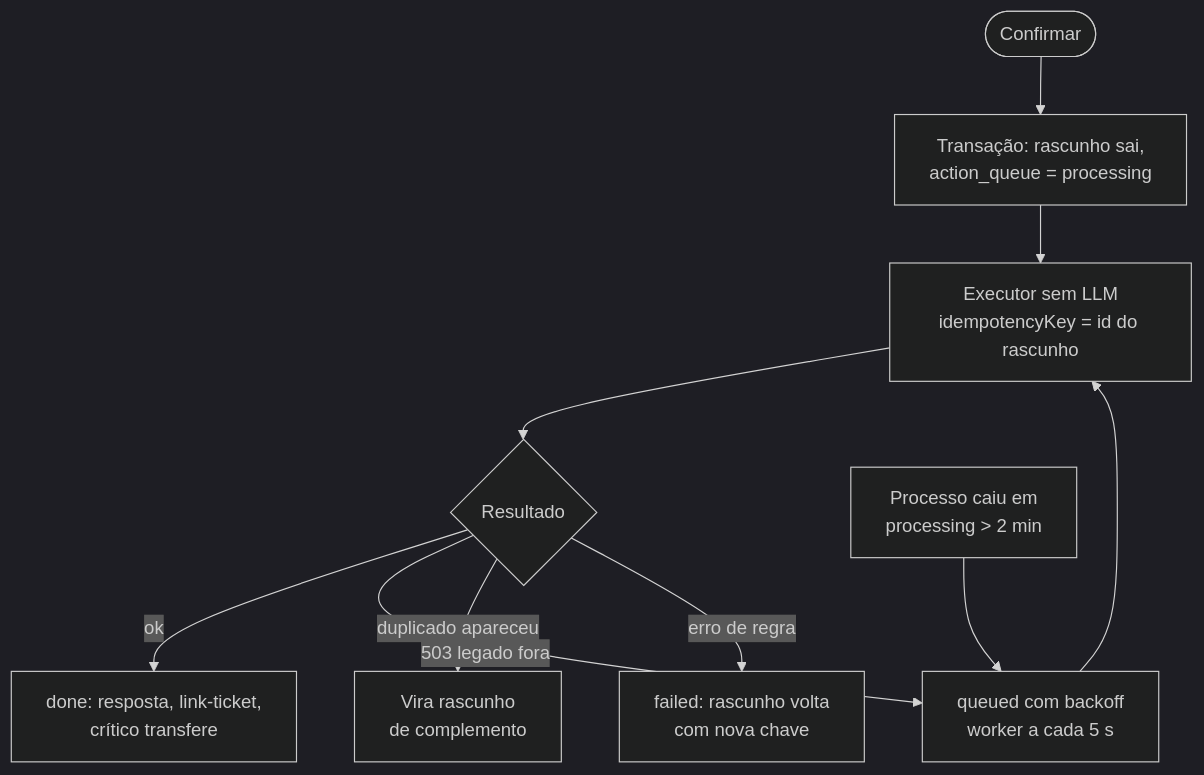
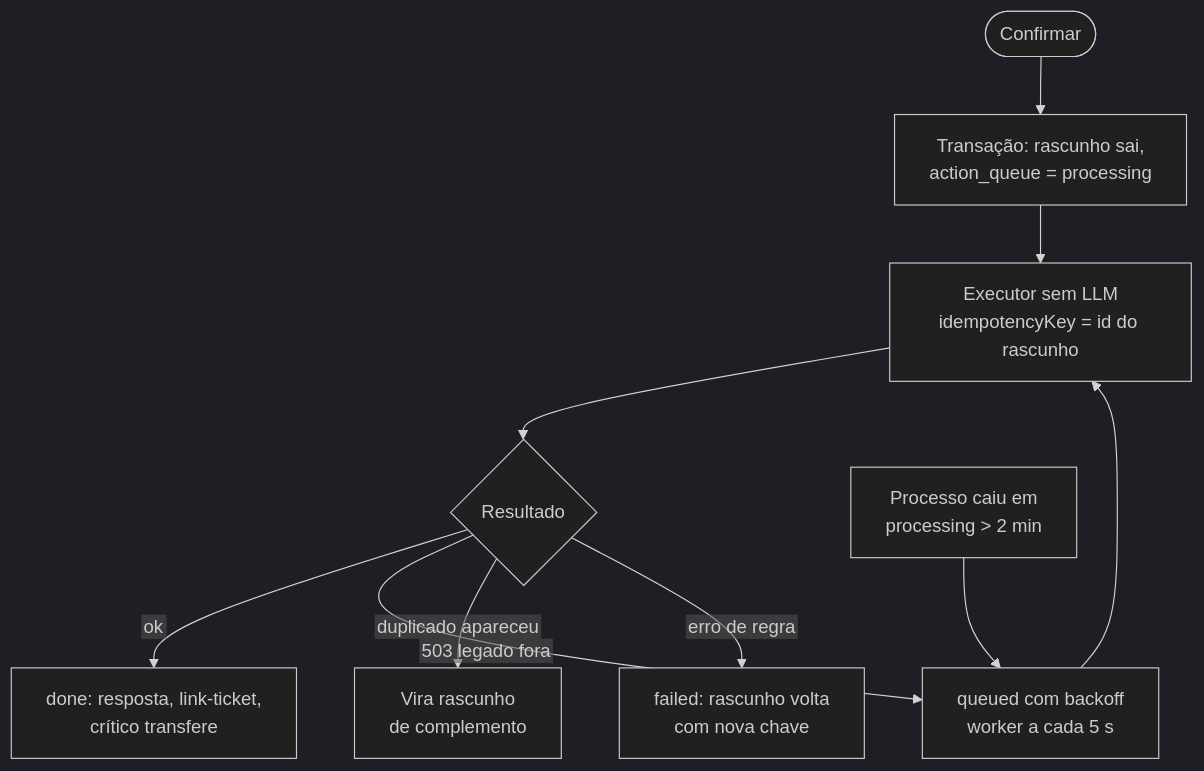
Before and after one commit to renansko/teste_nexo: the eighth of 8 diagrams in README.md, drawn with Mermaid (dark theme). The commit also changed other lines of this file, not shown here.

Commit message:
docs(readme): flowcharts com htmlLabels=false (rótulos cortados em alguns renderizadores)

````diff
--- a/README.md
+++ b/README.md
@@ -219,12 +223,13 @@
 ```mermaid
+%%{init: {"flowchart": {"htmlLabels": false}}}%%
 flowchart TD
     C(["Confirmar"]) --> Tx["Transação: rascunho sai,<br/>action_queue = processing"]
     Tx --> Exec["Executor sem LLM<br/>idempotencyKey = id do rascunho"]
     Exec --> R{"Resultado"}
     R -- ok --> Done["done: resposta, link-ticket,<br/>crítico transfere"]
     R -- "503 legado fora" --> Q["queued com backoff<br/>worker a cada 5 s"]
     R -- "duplicado apareceu" --> Dup["Vira rascunho<br/>de complemento"]
     R -- "erro de regra" --> Fail["failed: rascunho volta<br/>com nova chave"]
     Q --> Exec
     Crash["Processo caiu em<br/>processing > 2 min"] --> Q
 ```
````
